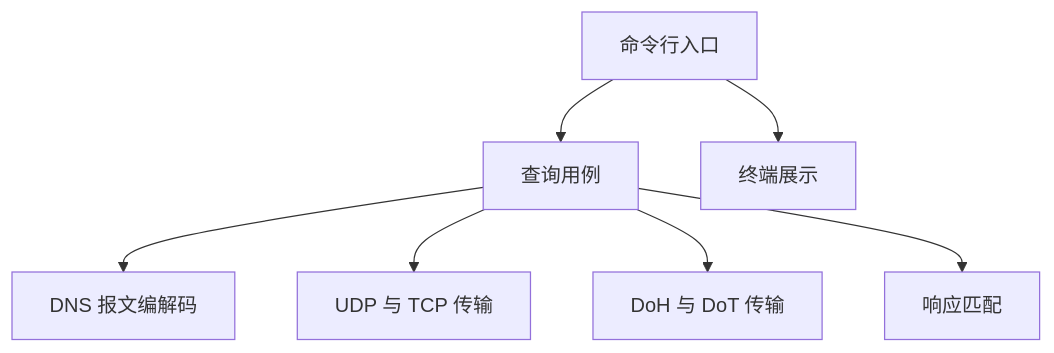
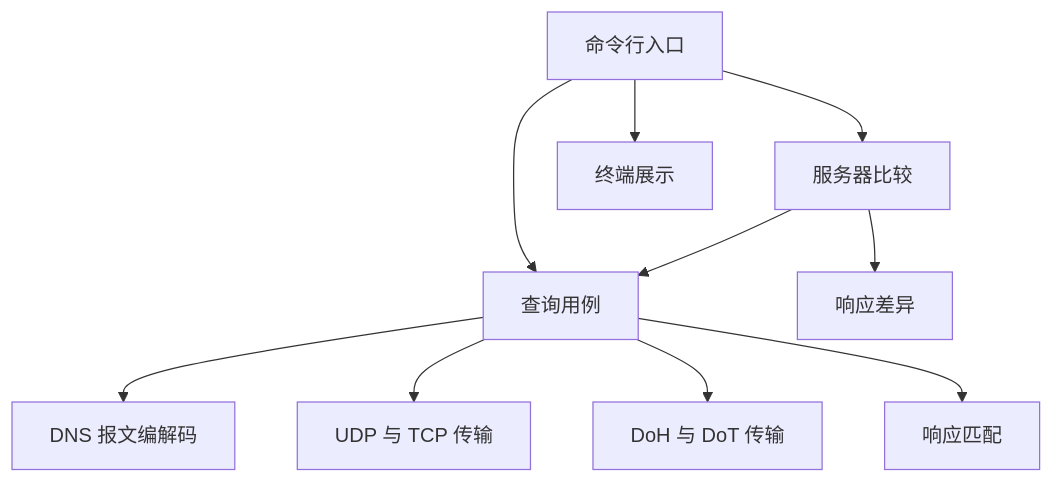
The diagram in docs/architecture.md (fzgma/DNSLab), drawn with Mermaid before and after one commit. The commit also changed other lines of this file and 17 other files, not shown here.

````diff
--- a/docs/architecture.md
+++ b/docs/architecture.md
@@ -7,9 +7,12 @@
 ```mermaid
 flowchart TD
     Main[命令行入口] --> App[查询用例]
+    Main --> Compare[服务器比较]
+    Compare --> App
+    Compare --> Diff[响应差异]
     Main --> Output[终端展示]
     App --> Codec[DNS 报文编解码]
     App --> Plain[UDP 与 TCP 传输]
     App --> Secure[DoH 与 DoT 传输]
     App --> Match[响应匹配]
 ```
````
